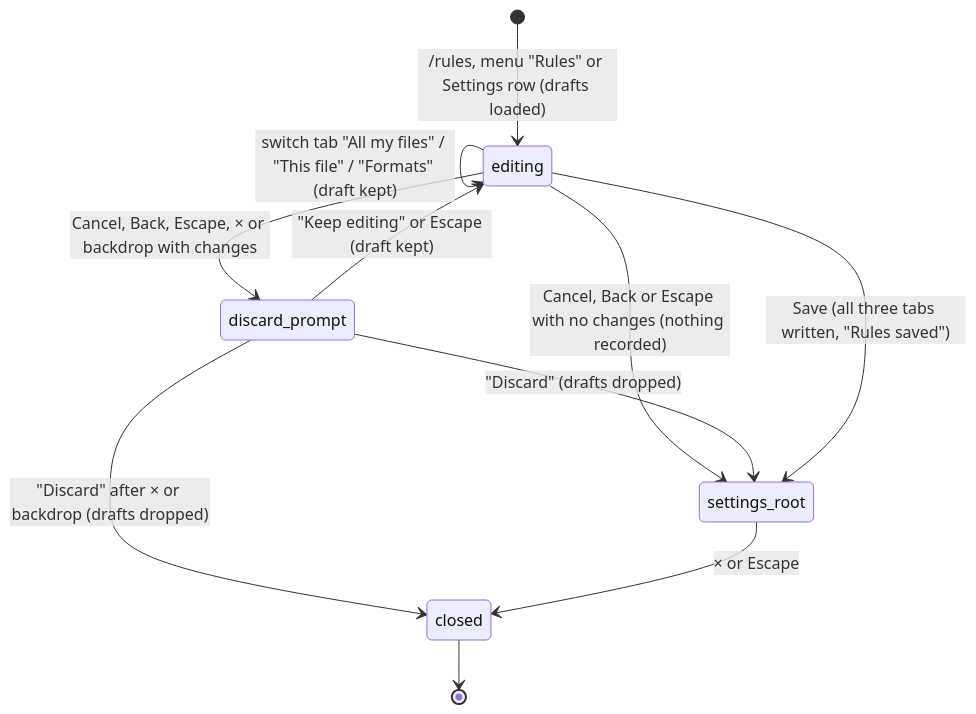
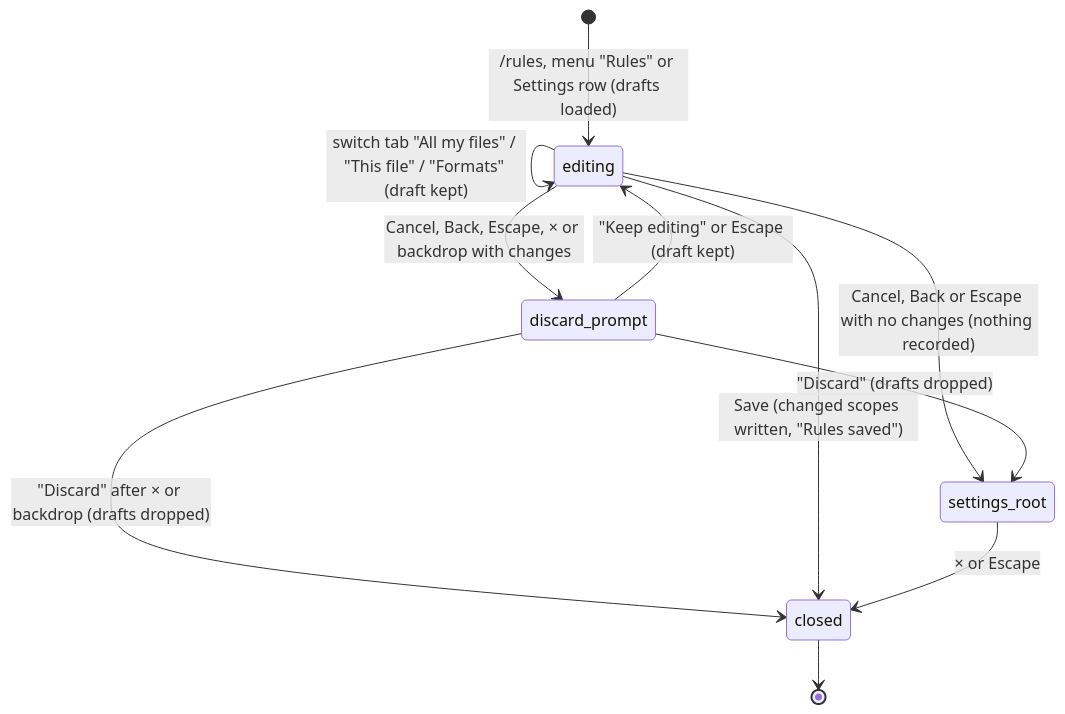
The diagram in product-description/guidance/rules.md (tmustier/pi-for-excel), drawn with Mermaid before and after one commit. The commit also changed other lines of this file and 6 other files, not shown here.

````diff
--- a/product-description/guidance/rules.md
+++ b/product-description/guidance/rules.md
@@ -17,13 +17,13 @@
 ```mermaid
 stateDiagram-v2
     [*] --> editing : /rules, menu "Rules" or Settings row (drafts loaded)
     editing --> editing : switch tab "All my files" / "This file" / "Formats" (draft kept)
     editing --> settings_root : Cancel, Back or Escape with no changes (nothing recorded)
     editing --> discard_prompt : Cancel, Back, Escape, × or backdrop with changes
     discard_prompt --> editing : "Keep editing" or Escape (draft kept)
     discard_prompt --> settings_root : "Discard" (drafts dropped)
     discard_prompt --> closed : "Discard" after × or backdrop (drafts dropped)
-    editing --> settings_root : Save (all three tabs written, "Rules saved")
+    editing --> closed : Save (changed scopes written, "Rules saved")
     settings_root --> closed : × or Escape
     closed --> [*]
 ```
````
